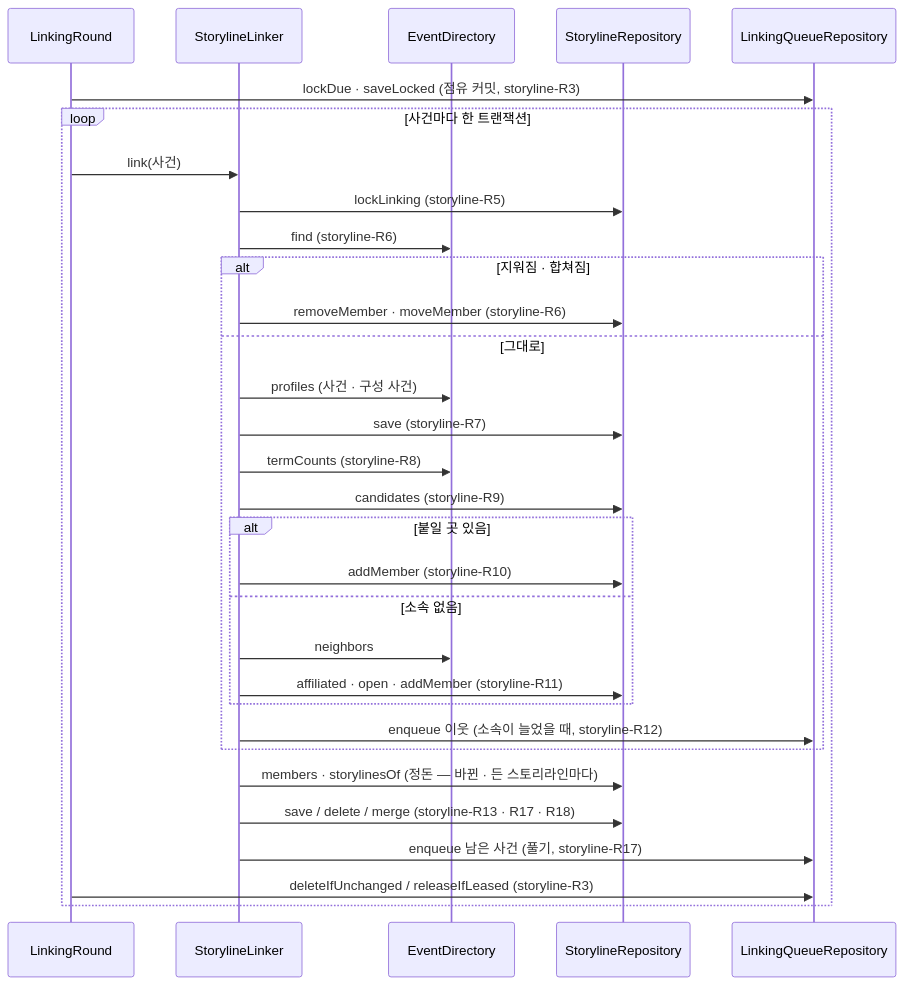
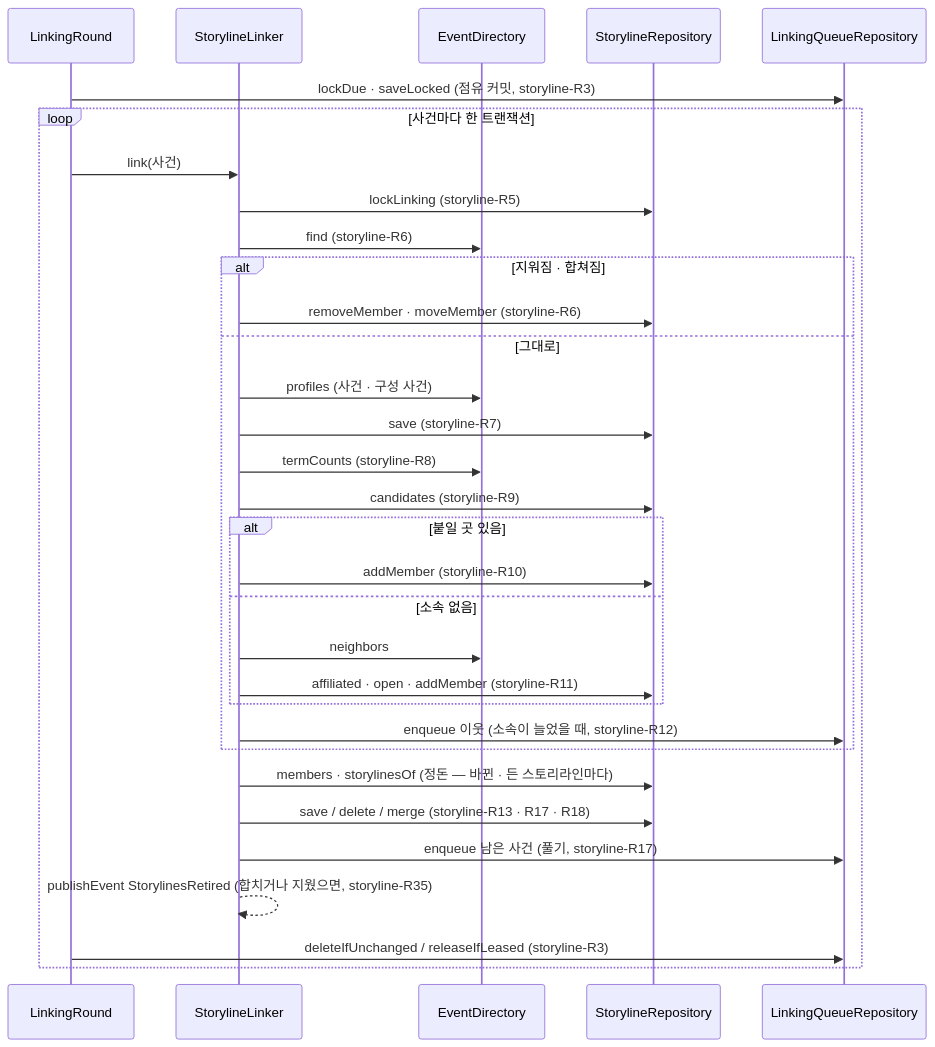
Before and after one commit to Theia0382/yozm-news: the diagram in docs/specs/storyline.md, drawn with Mermaid. The commit also changed other lines of this file and 15 other files, not shown here.

````diff
--- a/docs/specs/storyline.md
+++ b/docs/specs/storyline.md
@@ -312,33 +332,34 @@
 ```mermaid
 sequenceDiagram
     participant R as LinkingRound
     participant L as StorylineLinker
     participant D as EventDirectory
     participant S as StorylineRepository
     participant Q as LinkingQueueRepository
     R->>Q: lockDue · saveLocked (점유 커밋, storyline-R3)
     loop 사건마다 한 트랜잭션
         R->>L: link(사건)
         L->>S: lockLinking (storyline-R5)
         L->>D: find (storyline-R6)
         alt 지워짐 · 합쳐짐
             L->>S: removeMember · moveMember (storyline-R6)
         else 그대로
             L->>D: profiles (사건 · 구성 사건)
             L->>S: save (storyline-R7)
             L->>D: termCounts (storyline-R8)
             L->>S: candidates (storyline-R9)
             alt 붙일 곳 있음
                 L->>S: addMember (storyline-R10)
             else 소속 없음
                 L->>D: neighbors
                 L->>S: affiliated · open · addMember (storyline-R11)
             end
             L->>Q: enqueue 이웃 (소속이 늘었을 때, storyline-R12)
         end
         L->>S: members · storylinesOf (정돈 — 바뀐 · 든 스토리라인마다)
         L->>S: save / delete / merge (storyline-R13 · R17 · R18)
         L->>Q: enqueue 남은 사건 (풀기, storyline-R17)
+        L-->>L: publishEvent StorylinesRetired (합치거나 지웠으면, storyline-R35)
         R->>Q: deleteIfUnchanged / releaseIfLeased (storyline-R3)
     end
 ```
````
